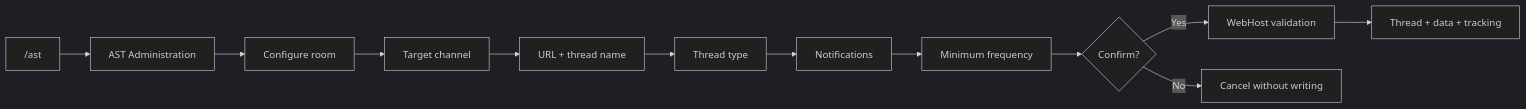
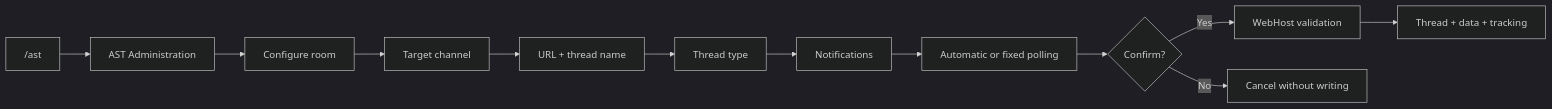
The first of 6 diagrams in wiki/Room-tracking.md (Etsuna/ArchipelagoSphereTracker), drawn with Mermaid (dark theme) before and after one commit. The commit also changed other lines of this file and 29 other files, not shown here.

````diff
--- a/wiki/Room-tracking.md
+++ b/wiki/Room-tracking.md
@@ -20,14 +20,14 @@
 ```mermaid
 flowchart LR
     A["/ast"] --> B["AST Administration"]
     B --> C["Configure room"]
     C --> D["Target channel"]
     D --> E["URL + thread name"]
     E --> F["Thread type"]
     F --> G["Notifications"]
-    G --> H["Minimum frequency"]
+    G --> H["Automatic or fixed polling"]
     H --> I{"Confirm?"}
     I -->|Yes| J["WebHost validation"]
     J --> K["Thread + data + tracking"]
     I -->|No| L["Cancel without writing"]
 ```
````
